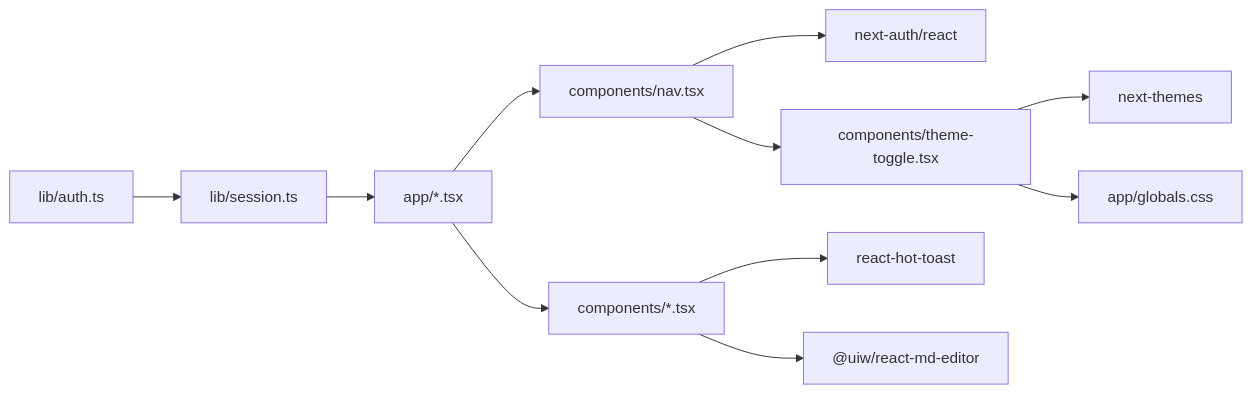
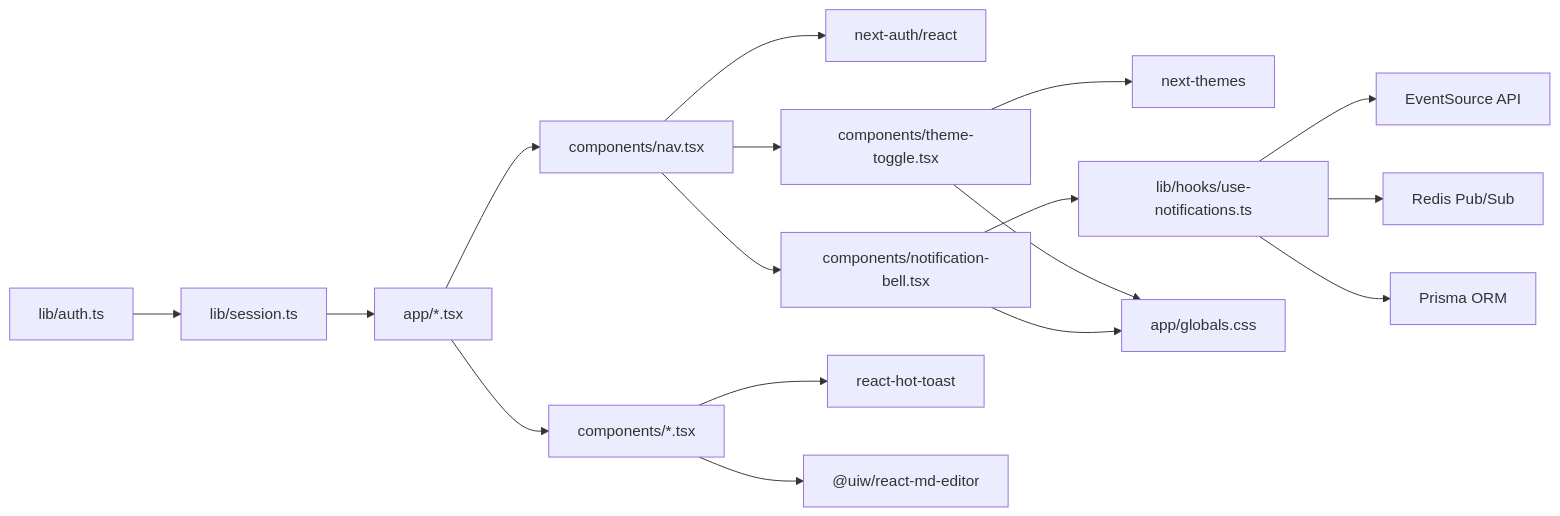
The tenth of 10 diagrams in .qoder/repowiki/en/content/Frontend Components/Navigation and UI Elements.md (jrj444/git-daily), drawn with Mermaid before and after one commit. The commit also changed other lines of this file and 12 other files, not shown here.

````diff
--- a/.qoder/repowiki/en/content/Frontend Components/Navigation and UI Elements.md
+++ b/.qoder/repowiki/en/content/Frontend Components/Navigation and UI Elements.md
@@ -483,13 +608,19 @@
 ```mermaid
 graph LR
 AO["lib/auth.ts"] --> SESS["lib/session.ts"]
 SESS --> PAGE["app/*.tsx"]
 PAGE --> NAV["components/nav.tsx"]
 PAGE --> UI["components/*.tsx"]
 NAV --> NEXTAUTH["next-auth/react"]
 NAV --> THEMECOMP["components/theme-toggle.tsx"]
+NAV --> NOTIFCOMP["components/notification-bell.tsx"]
 THEMECOMP --> THEMEHOOK["next-themes"]
+NOTIFCOMP --> NOTIFHOOK["lib/hooks/use-notifications.ts"]
+NOTIFHOOK --> SSE["EventSource API"]
+NOTIFHOOK --> REDIS["Redis Pub/Sub"]
+NOTIFHOOK --> PRISMA["Prisma ORM"]
 UI --> TOAST["react-hot-toast"]
 UI --> MD["@uiw/react-md-editor"]
 THEMECOMP --> CSSVARS["app/globals.css"]
+NOTIFCOMP --> CSSVARS
 ```
````
